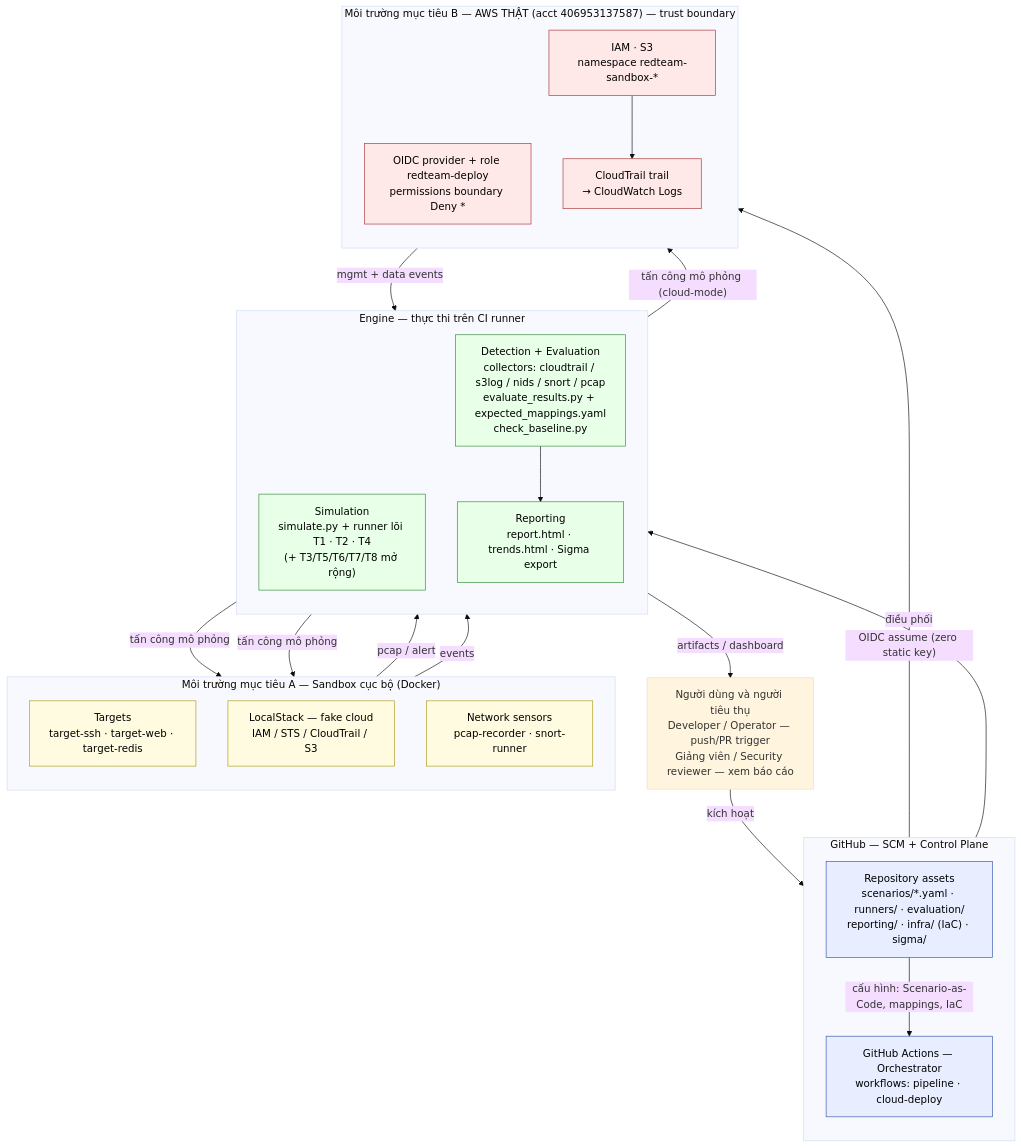
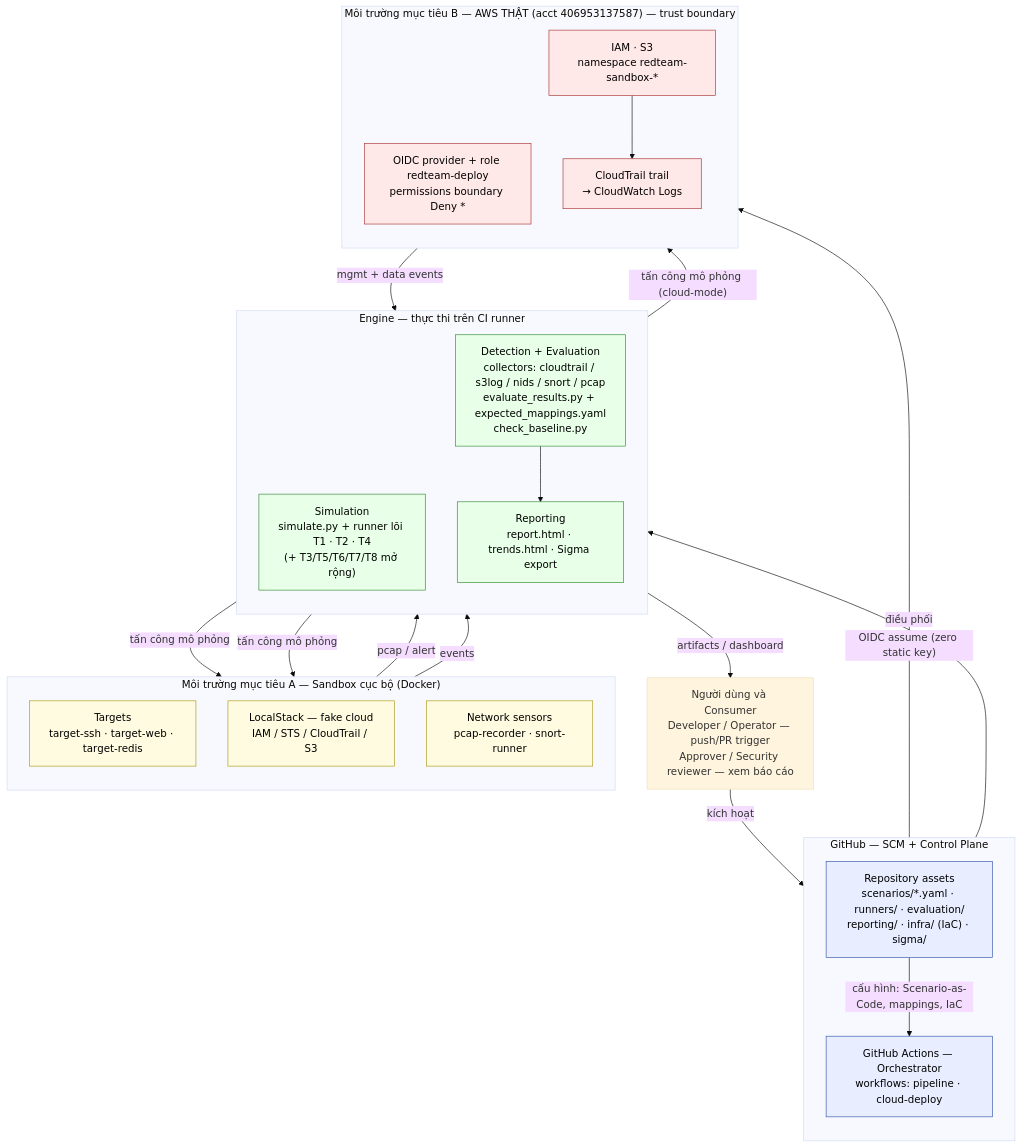
Before and after one commit to sampleit533/auto-redteam: the first of 5 diagrams in docs/architecture.md, drawn with Mermaid (base theme). The commit also changed other lines of this file and 5 other files, not shown here.

````diff
--- a/docs/architecture.md
+++ b/docs/architecture.md
@@ -22,55 +22,55 @@
 ```mermaid
 flowchart TB
-    actors["Người dùng và người tiêu thụ<br/>Developer / Operator — push/PR trigger<br/>Giảng viên / Security reviewer — xem báo cáo"]
+    actors["Người dùng và Consumer<br/>Developer / Operator — push/PR trigger<br/>Approver / Security reviewer — xem báo cáo"]
 
     subgraph GH["GitHub — SCM + Control Plane"]
         direction TB
         repo["Repository assets<br/>scenarios/*.yaml · runners/ · evaluation/<br/>reporting/ · infra/ (IaC) · sigma/"]
         gha["GitHub Actions — Orchestrator<br/>workflows: pipeline · cloud-deploy"]
     end
 
     subgraph ENG["Engine — thực thi trên CI runner"]
         direction TB
         sim["Simulation<br/>simulate.py + runner lõi T1 · T2 · T4<br/>(+ T3/T5/T6/T7/T8 mở rộng)"]
         det["Detection + Evaluation<br/>collectors: cloudtrail / s3log / nids / snort / pcap<br/>evaluate_results.py + expected_mappings.yaml<br/>check_baseline.py"]
         rep["Reporting<br/>report.html · trends.html · Sigma export"]
     end
 
     subgraph ENVA["Môi trường mục tiêu A — Sandbox cục bộ (Docker)"]
         direction TB
         tgt["Targets<br/>target-ssh · target-web · target-redis"]
         lstack["LocalStack — fake cloud<br/>IAM / STS / CloudTrail / S3"]
         sens["Network sensors<br/>pcap-recorder · snort-runner"]
     end
 
     subgraph ENVB["Môi trường mục tiêu B — AWS THẬT (acct 406953137587) — trust boundary"]
         direction TB
         oidc["OIDC provider + role redteam-deploy<br/>permissions boundary Deny *"]
         awsres["IAM · S3<br/>namespace redteam-sandbox-*"]
         ct["CloudTrail trail<br/>→ CloudWatch Logs"]
     end
 
     actors -->|"kích hoạt"| gha
     repo -->|"cấu hình: Scenario-as-Code, mappings, IaC"| gha
     gha -->|"điều phối"| ENG
     gha -->|"OIDC assume (zero static key)"| oidc
 
     sim -->|"tấn công mô phỏng"| tgt
     sim -->|"tấn công mô phỏng"| lstack
     sim -->|"tấn công mô phỏng (cloud-mode)"| awsres
     awsres --> ct
     sens -->|"pcap / alert"| det
     lstack -->|"events"| det
     ct -->|"mgmt + data events"| det
     det --> rep
     rep -->|"artifacts / dashboard"| actors
 
     classDef gh fill:#e8eeff,stroke:#3355aa,color:#000;
     classDef eng fill:#e8ffe8,stroke:#338833,color:#000;
     classDef enva fill:#fffbe0,stroke:#aa9911,color:#000;
     classDef envb fill:#ffe8e8,stroke:#aa3333,color:#000;
     class repo,gha gh;
     class sim,det,rep eng;
     class tgt,lstack,sens enva;
     class oidc,awsres,ct envb;
 ```
````
